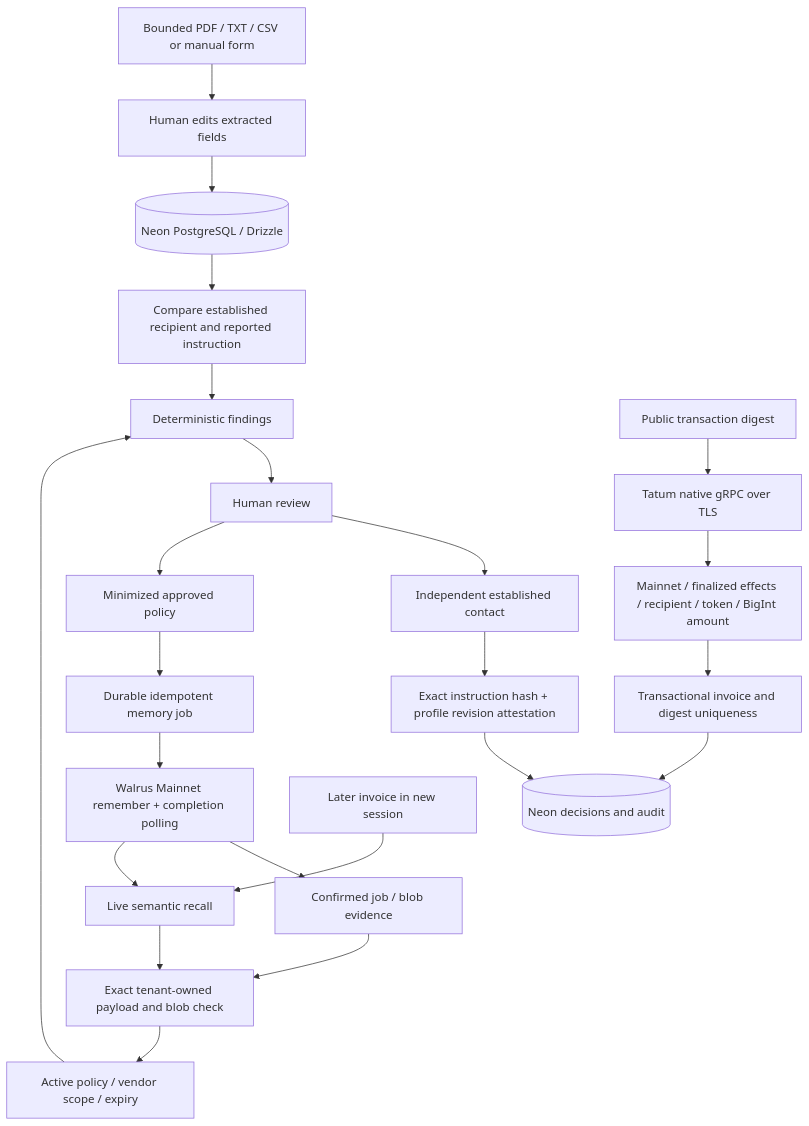
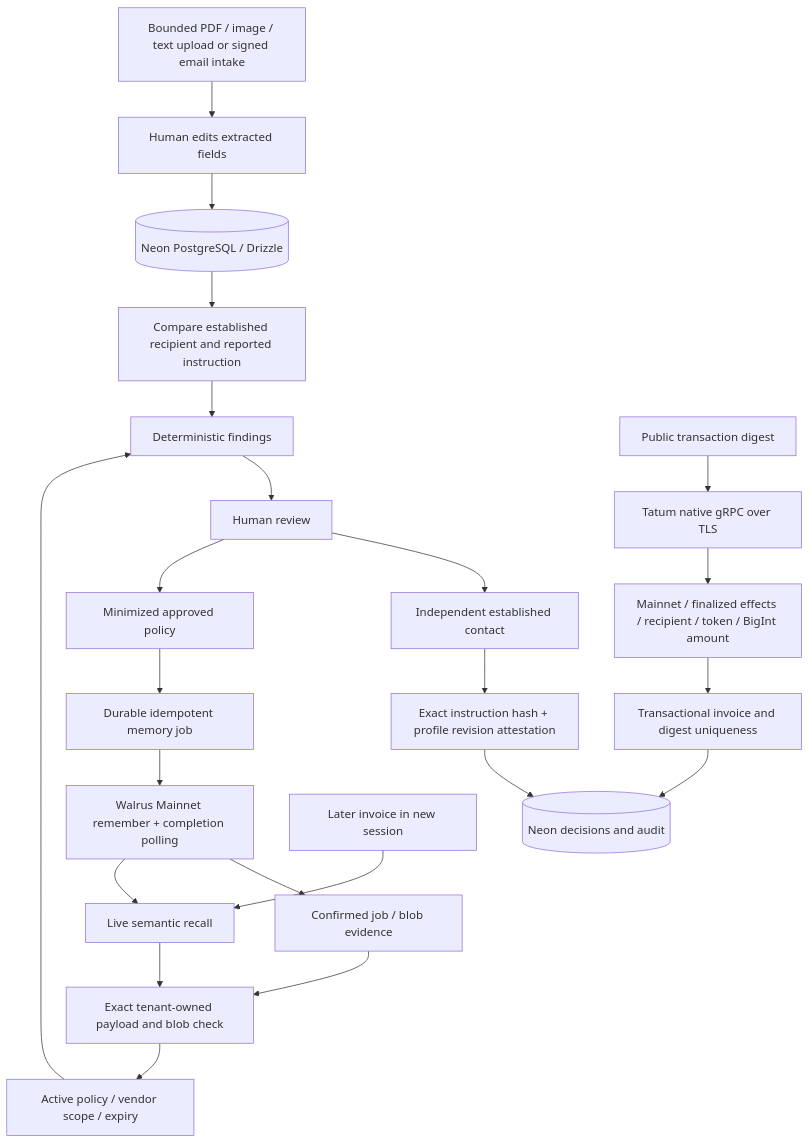
Before and after one commit to sopskistar/payguard-ai: the diagram in docs/ARCHITECTURE.md, drawn with Mermaid. The commit also changed other lines of this file and 22 other files, not shown here.

````diff
--- a/docs/ARCHITECTURE.md
+++ b/docs/ARCHITECTURE.md
@@ -5,25 +5,25 @@
 ```mermaid
 flowchart TD
-  File[Bounded PDF / TXT / CSV or manual form] --> Edit[Human edits extracted fields]
+  File[Bounded PDF / image / text upload or signed email intake] --> Edit[Human edits extracted fields]
   Edit --> Neon[(Neon PostgreSQL / Drizzle)]
   Neon --> Diff[Compare established recipient and reported instruction]
   Diff --> Rules[Deterministic findings]
   Rules --> Review[Human review]
   Review --> Contact[Independent established contact]
   Contact --> Attest[Exact instruction hash + profile revision attestation]
   Attest --> Audit[(Neon decisions and audit)]
   Review --> Policy[Minimized approved policy]
   Policy --> Job[Durable idempotent memory job]
   Job --> Walrus[Walrus Mainnet remember + completion polling]
   Walrus --> Blob[Confirmed job / blob evidence]
   Later[Later invoice in new session] --> Recall[Live semantic recall]
   Walrus --> Recall
   Blob --> Provenance[Exact tenant-owned payload and blob check]
   Recall --> Provenance
   Provenance --> Scope[Active policy / vendor scope / expiry]
   Scope --> Rules
   Digest[Public transaction digest] --> Tatum[Tatum native gRPC over TLS]
   Tatum --> Exact[Mainnet / finalized effects / recipient / token / BigInt amount]
   Exact --> Unique[Transactional invoice and digest uniqueness]
   Unique --> Audit
 ```
````
